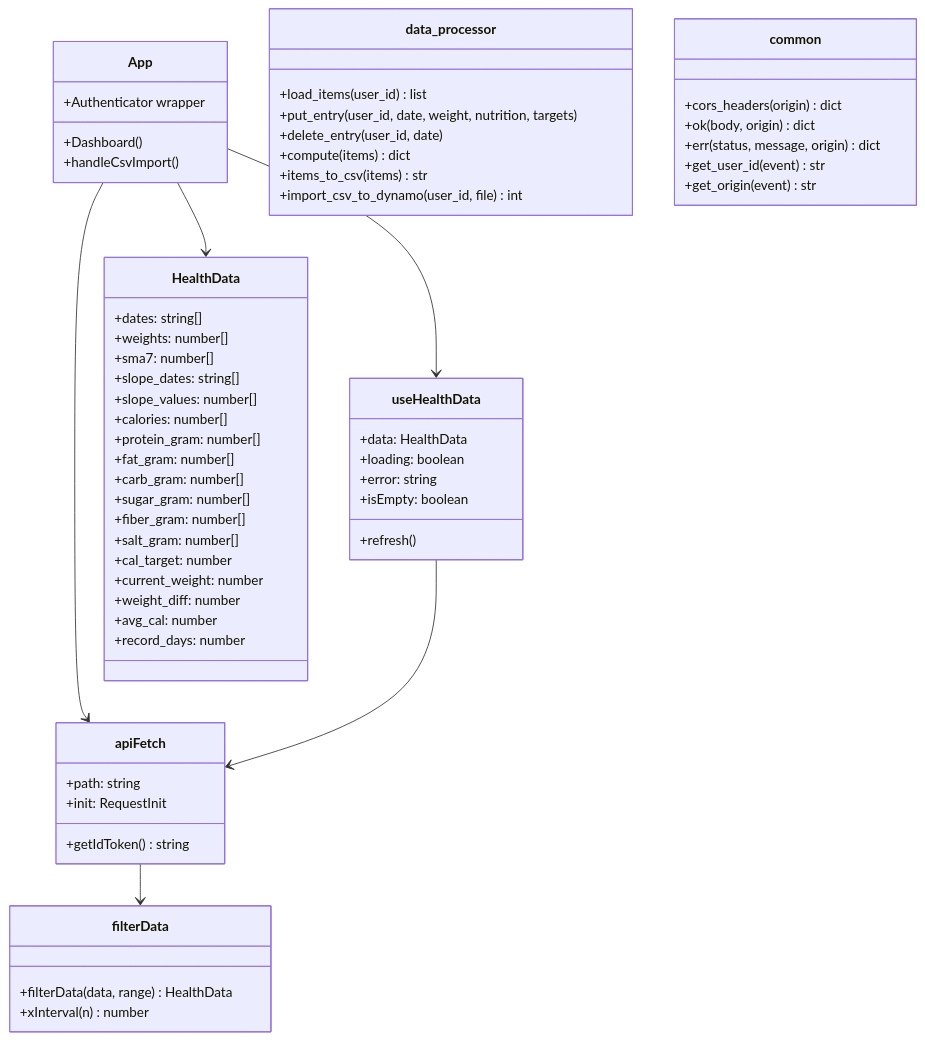
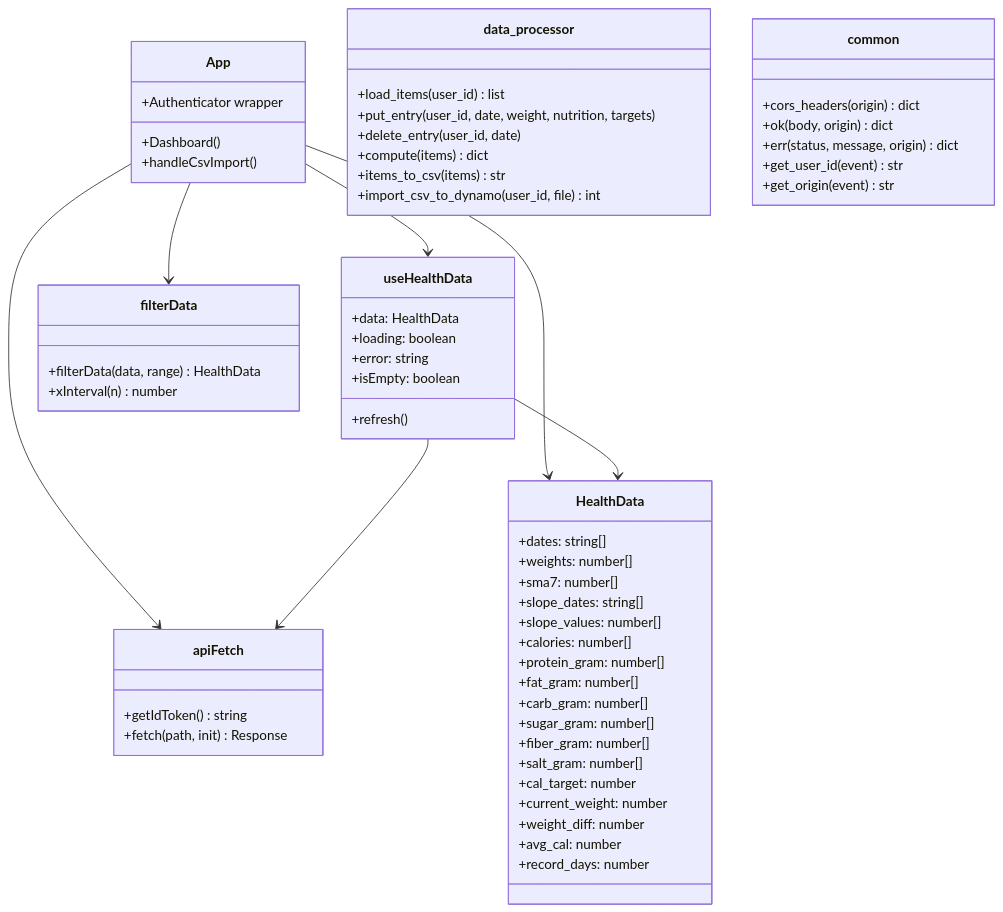
Before and after one commit to t-tkm/my-health-dashboard-aws: the diagram in aidlc-docs/construction/code-structure.md, drawn with Mermaid. The commit also changed other lines of this file and 2 other files, not shown here.

````diff
--- a/aidlc-docs/construction/code-structure.md
+++ b/aidlc-docs/construction/code-structure.md
@@ -13,70 +13,70 @@
 ```mermaid
 classDiagram
     class App {
         +Authenticator wrapper
         +Dashboard()
         +handleCsvImport()
     }
 
     class useHealthData {
         +data: HealthData
         +loading: boolean
         +error: string
         +isEmpty: boolean
         +refresh()
     }
 
     class apiFetch {
-        +path: string
-        +init: RequestInit
         +getIdToken() string
+        +fetch(path, init) Response
     }
 
     class filterData {
         +filterData(data, range) HealthData
         +xInterval(n) number
     }
 
     class HealthData {
         +dates: string[]
         +weights: number[]
         +sma7: number[]
         +slope_dates: string[]
         +slope_values: number[]
         +calories: number[]
         +protein_gram: number[]
         +fat_gram: number[]
         +carb_gram: number[]
         +sugar_gram: number[]
         +fiber_gram: number[]
         +salt_gram: number[]
         +cal_target: number
         +current_weight: number
         +weight_diff: number
         +avg_cal: number
         +record_days: number
     }
 
     class data_processor {
         +load_items(user_id) list
         +put_entry(user_id, date, weight, nutrition, targets)
         +delete_entry(user_id, date)
         +compute(items) dict
         +items_to_csv(items) str
         +import_csv_to_dynamo(user_id, file) int
     }
 
     class common {
         +cors_headers(origin) dict
         +ok(body, origin) dict
         +err(status, message, origin) dict
         +get_user_id(event) str
         +get_origin(event) str
     }
 
     App --> useHealthData
     App --> apiFetch
+    App --> filterData
+    App --> HealthData
     useHealthData --> apiFetch
-    apiFetch --> filterData
-    App --> HealthData
+    useHealthData --> HealthData
 ```
````
